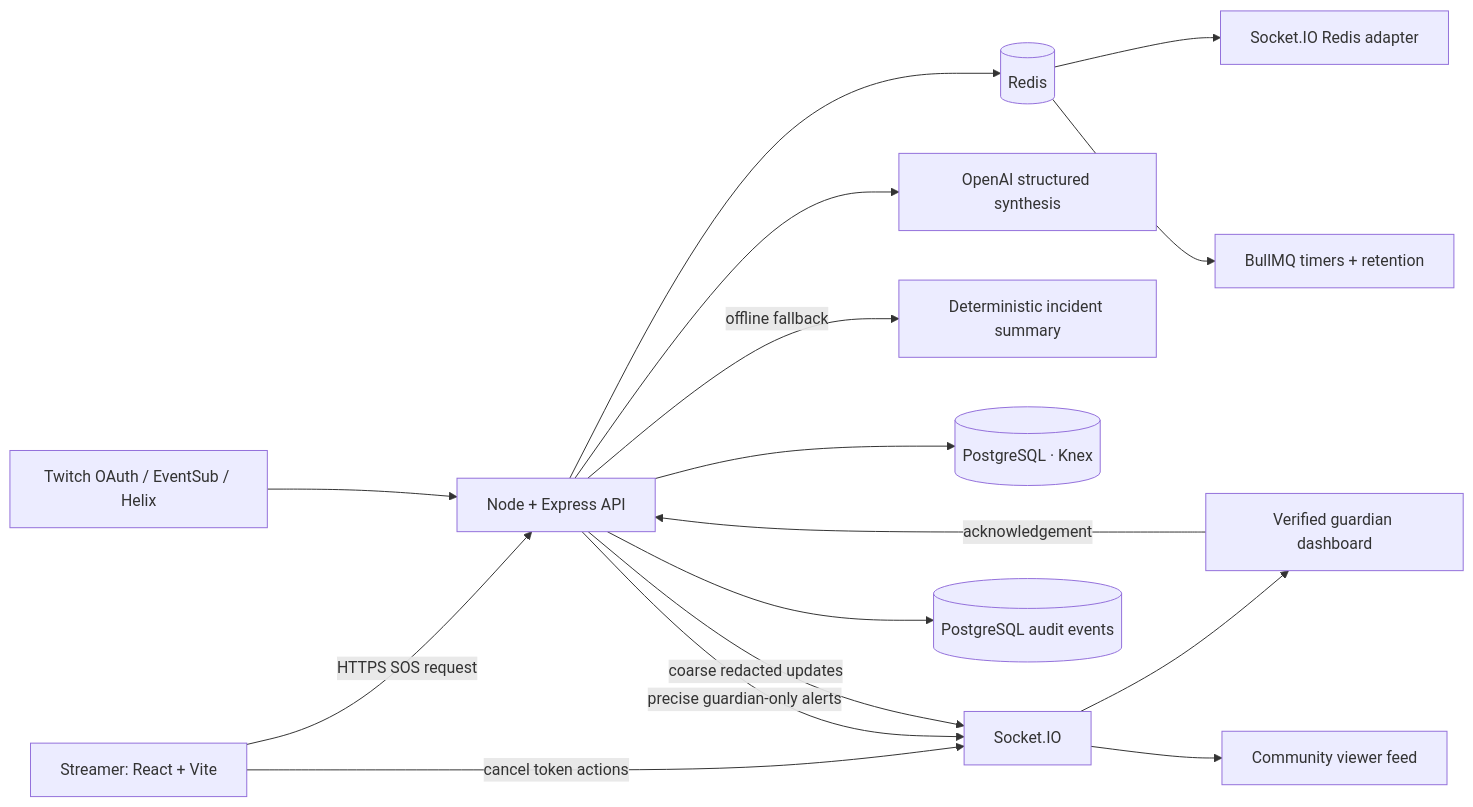
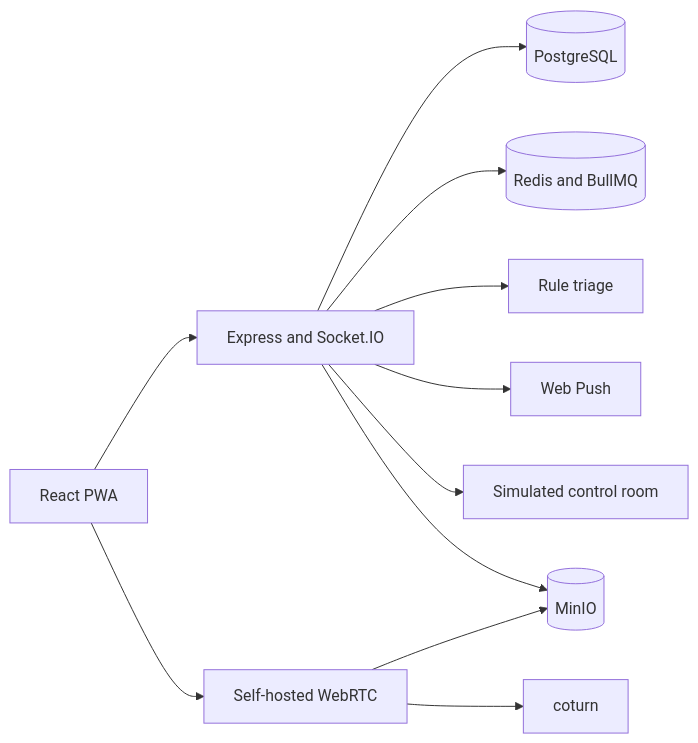
One commit to THISHA-SAMPATH/FULE-Futuristic-Use-of-Live-Entertainment changed the diagram in SUBMISSION.md. Above: the diagram before and after it, drawn with Mermaid. The commit also changed other lines of this file and 76 other files, not shown here.

Commit message:
refactor: remove third-party integrations, self-hosted video, own auth, rule-based triage, Postgres/Redis/MinIO stack

````diff
--- a/SUBMISSION.md
+++ b/SUBMISSION.md
@@ -48,18 +35,13 @@
 ```mermaid
 flowchart LR
-  Streamer[Streamer: React + Vite] -->|HTTPS SOS request| API[Node + Express API]
-  Streamer -->|cancel token actions| Socket[Socket.IO]
-  Twitch[Twitch OAuth / EventSub / Helix] --> API
-  API --> AI[OpenAI structured synthesis]
-  API -->|offline fallback| Fallback[Deterministic incident summary]
-  API --> DB[(PostgreSQL · Knex)]
-  API --> Redis[(Redis)]
-  Redis --> Adapter[Socket.IO Redis adapter]
-  Redis --> Jobs[BullMQ timers + retention]
-  API --> Audit[(PostgreSQL audit events)]
-  API -->|precise guardian-only alerts| Socket
-  API -->|coarse redacted updates| Socket
-  Socket --> Guardians[Verified guardian dashboard]
-  Socket --> Public[Community viewer feed]
-  Guardians -->|acknowledgement| API
+  PWA[React PWA] --> API[Express and Socket.IO]
+  API --> PG[(PostgreSQL)]
+  API --> Redis[(Redis and BullMQ)]
+  API --> Triage[Rule triage]
+  API --> Push[Web Push]
+  PWA --> SFU[Self-hosted WebRTC]
+  SFU --> TURN[coturn]
+  SFU --> Store[(MinIO)]
+  API --> Store
+  API --> Dispatch[Simulated control room]
 ```
````
